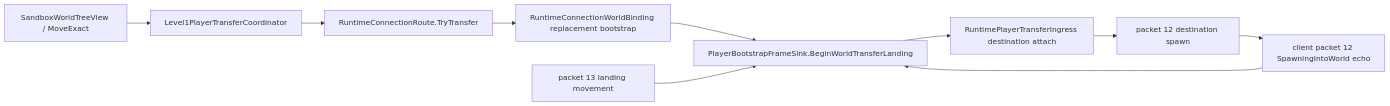
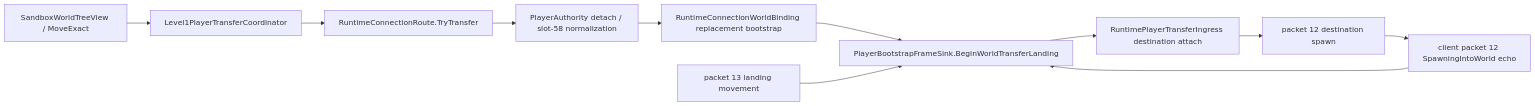
Before and after one commit to VegaKernel/TerraRuntime: the fourth of 8 diagrams in docs/agent-memory/production-graph.md, drawn with Mermaid. The commit also changed other lines of this file and 57 other files, not shown here.

````diff
--- a/docs/agent-memory/production-graph.md
+++ b/docs/agent-memory/production-graph.md
@@ -130,17 +132,18 @@
 ```mermaid
 flowchart LR
     TUI[SandboxWorldTreeView / MoveExact]
     Coordinator[Level1PlayerTransferCoordinator]
     Route[RuntimeConnectionRoute.TryTransfer]
+    Preflight[PlayerAuthority detach / slot-58 normalization]
     Bootstrap[RuntimeConnectionWorldBinding replacement bootstrap]
     Gate[PlayerBootstrapFrameSink.BeginWorldTransferLanding]
     Attach[RuntimePlayerTransferIngress destination attach]
     Spawn[packet 12 destination spawn]
     Echo[client packet 12 SpawningIntoWorld echo]
     Movement[packet 13 landing movement]
 
-    TUI --> Coordinator --> Route --> Bootstrap --> Gate --> Attach --> Spawn
+    TUI --> Coordinator --> Route --> Preflight --> Bootstrap --> Gate --> Attach --> Spawn
     Spawn --> Echo
     Echo --> Gate
     Movement --> Gate
 ```
````
